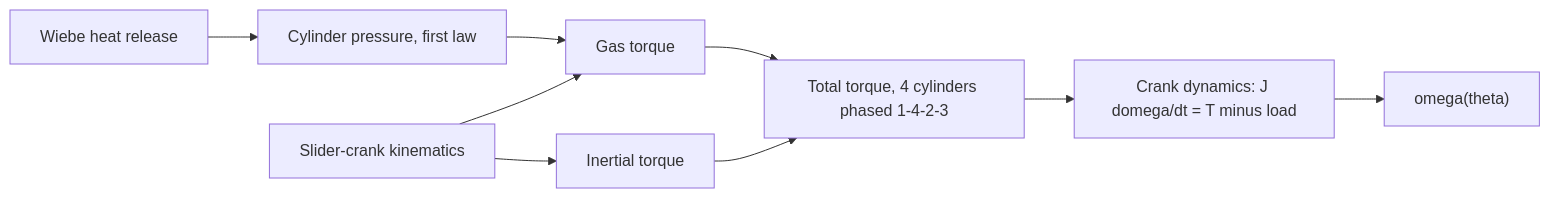
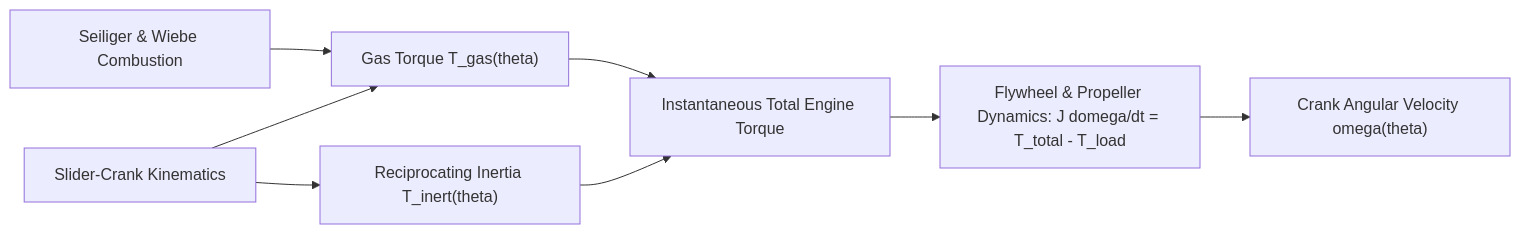
The second of 2 diagrams in docs_site/technical/06-engine-physics.md (Aayush-Deshpande/Maverick), drawn with Mermaid before and after one commit. The commit also changed other lines of this file and 60 other files, not shown here.

````diff
--- a/docs_site/technical/06-engine-physics.md
+++ b/docs_site/technical/06-engine-physics.md
@@ -85,11 +143,10 @@
 ```mermaid
 flowchart LR
-    Wiebe["Wiebe heat release"] --> Press["Cylinder pressure, first law"]
-    Press --> GasT["Gas torque"]
-    Kin["Slider-crank kinematics"] --> GasT
-    Kin --> InertT["Inertial torque"]
-    GasT --> Sum["Total torque, 4 cylinders phased 1-4-2-3"]
+    Comb["Seiliger & Wiebe Combustion"] --> GasT["Gas Torque T_gas(theta)"]
+    Kin["Slider-Crank Kinematics"] --> GasT
+    Kin --> InertT["Reciprocating Inertia T_inert(theta)"]
+    GasT --> Sum["Instantaneous Total Engine Torque"]
     InertT --> Sum
-    Sum --> Crank["Crank dynamics: J domega/dt = T minus load"]
-    Crank --> Omega["omega(theta)"]
+    Sum --> Crank["Flywheel & Propeller Dynamics: J domega/dt = T_total - T_load"]
+    Crank --> Omega["Crank Angular Velocity omega(theta)"]
 ```
````
